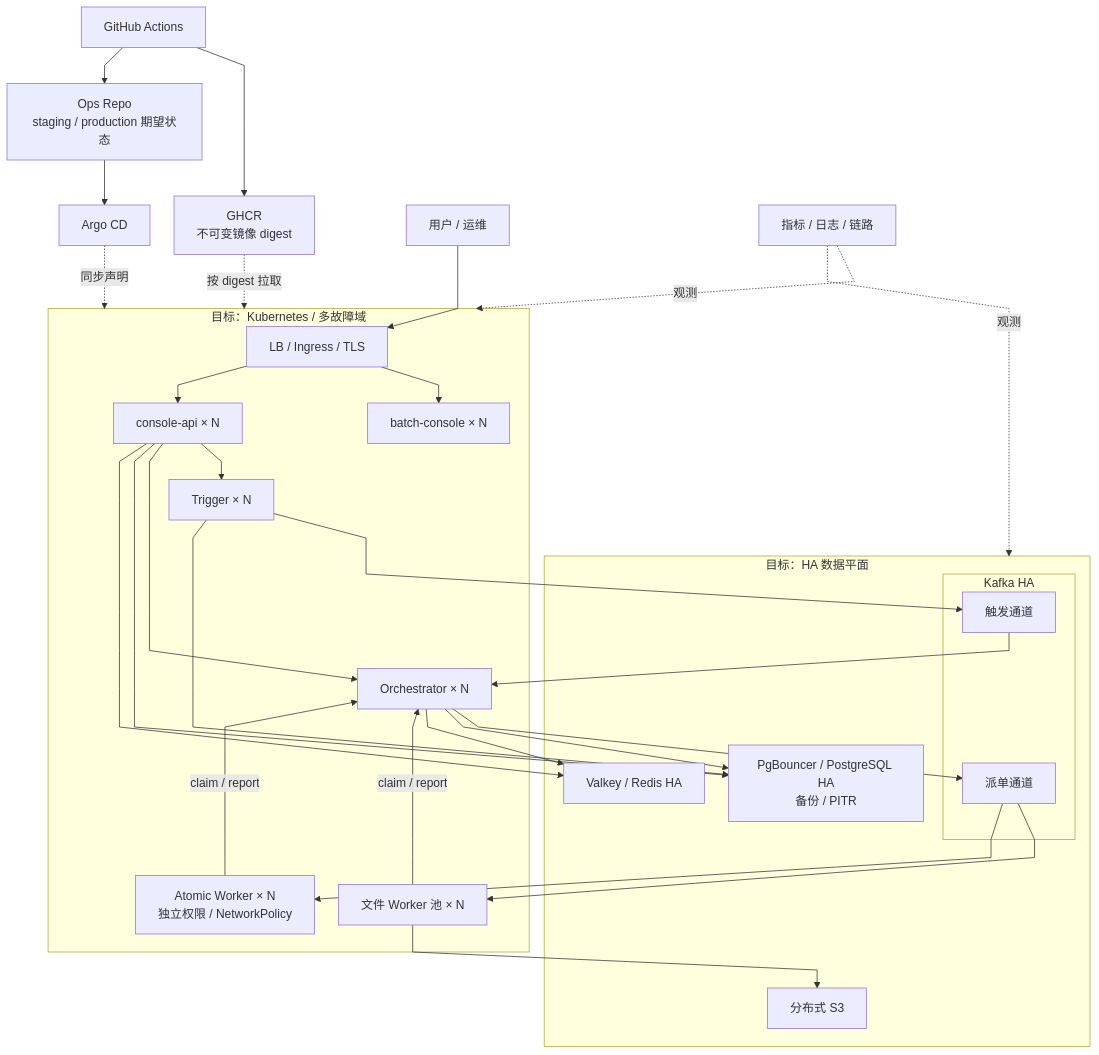
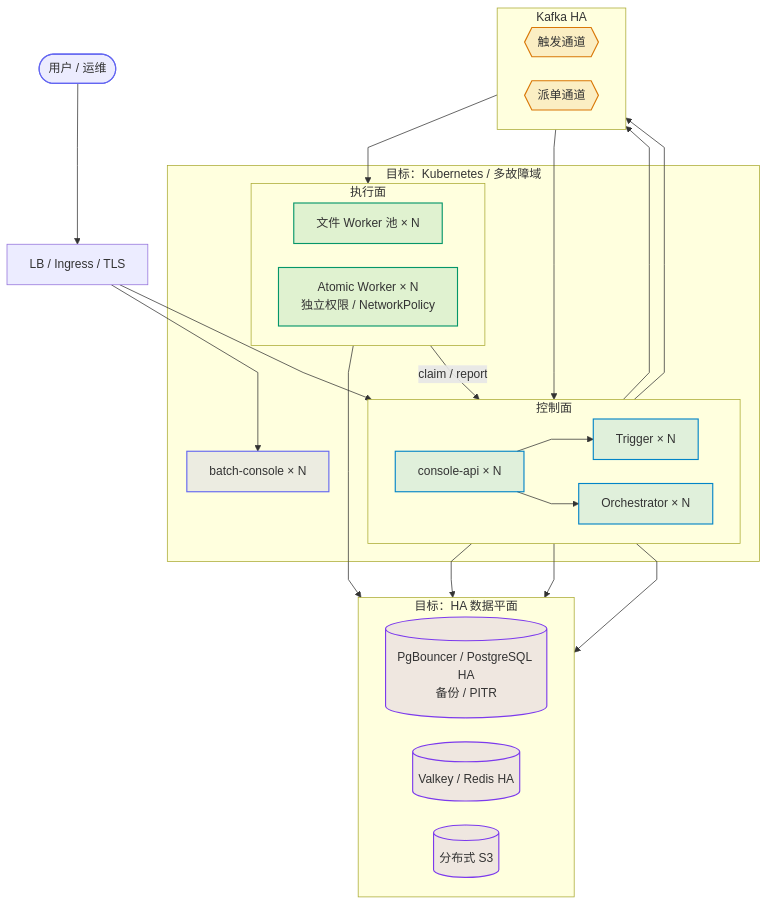
The second of 5 diagrams in docs/runbook/compose-cd-roadmap.md (pinpols/file-batch-system), drawn with Mermaid before and after one commit. The commit also changed other lines of this file and 7 other files, not shown here.

First line of the commit message:
docs: adopt the diagram legend in governance and redraw the first P1 diagrams (#1372)

````diff
--- a/docs/runbook/compose-cd-roadmap.md
+++ b/docs/runbook/compose-cd-roadmap.md
@@ -252,45 +252,53 @@
 ```mermaid
 %%{init: {"flowchart":{"curve":"linear","nodeSpacing":32,"rankSpacing":48},"sequence":{"mirrorActors":false}}}%%
 flowchart TB
-  CI["GitHub Actions"] --> REG["GHCR<br/>不可变镜像 digest"]
-  CI --> OPS["Ops Repo<br/>staging / production 期望状态"]
-  OPS --> ARGO["Argo CD"]
-  USER["用户 / 运维"] --> ING["LB / Ingress / TLS"]
+
+  USER(["用户 / 运维"]):::entry
+  ING["LB / Ingress / TLS"]
   subgraph K8S["目标：Kubernetes / 多故障域"]
-    FE["batch-console × N"]
-    API["console-api × N"]
-    TR["Trigger × N"]
-    OR["Orchestrator × N"]
-    FILE["文件 Worker 池 × N"]
-    ATOMIC["Atomic Worker × N<br/>独立权限 / NetworkPolicy"]
-    ING --> FE
-    ING --> API
-    API --> TR
-    API --> OR
-    FILE -->|"claim / report"| OR
-    ATOMIC -->|"claim / report"| OR
+    FE["batch-console × N"]:::entry
+    subgraph CTRL["控制面"]
+      direction LR
+      API["console-api × N"]:::control
+      TR["Trigger × N"]:::control
+      OR["Orchestrator × N"]:::control
+    end
+    subgraph EXEC["执行面"]
+      direction LR
+      FILE["文件 Worker 池 × N"]:::worker
+      ATOMIC["Atomic Worker × N<br/>独立权限 / NetworkPolicy"]:::worker
+    end
   end
-  ARGO -. "同步声明" .-> K8S
-  REG -. "按 digest 拉取" .-> K8S
+  subgraph KF["Kafka HA"]
+    direction LR
+    LAUNCH{{"触发通道"}}:::mq
+    TASK{{"派单通道"}}:::mq
+  end
   subgraph DATA["目标：HA 数据平面"]
-    PG["PgBouncer / PostgreSQL HA<br/>备份 / PITR"]
-    subgraph KF["Kafka HA"]
-      LAUNCH["触发通道"]
-      TASK["派单通道"]
-    end
-    CACHE["Valkey / Redis HA"]
-    OBJ["分布式 S3"]
+    direction LR
+    PG[("PgBouncer / PostgreSQL HA<br/>备份 / PITR")]:::store
+    CACHE[("Valkey / Redis HA")]:::store
+    OBJ[("分布式 S3")]:::store
   end
-  TR --> LAUNCH --> OR
+  USER --> ING
+  ING --> FE
+  ING --> API
+  API --> TR
+  API --> OR
+  TR --> LAUNCH
+  LAUNCH --> OR
   OR --> TASK
-  TASK --> FILE
-  TASK --> ATOMIC
-  API --> PG
-  TR --> PG
-  OR --> PG
+  TASK --> EXEC
+  EXEC -->|"claim / report"| OR
+  CTRL --> PG
   API --> CACHE
   OR --> CACHE
   FILE --> OBJ
-  OBS["指标 / 日志 / 链路"] -. "观测" .-> K8S
-  OBS -. "观测" .-> DATA
+  classDef entry fill:#6366f11f,stroke:#6366f1,stroke-width:1.5px
+  classDef control fill:#0284c71f,stroke:#0284c7,stroke-width:1.5px
+  classDef mq fill:#d977061f,stroke:#d97706,stroke-width:1.5px
+  classDef worker fill:#0596691f,stroke:#059669,stroke-width:1.5px
+  classDef store fill:#7c3aed1f,stroke:#7c3aed,stroke-width:1.5px
+  classDef ext fill:#64748b14,stroke:#64748b,stroke-width:1.2px,stroke-dasharray:4 3
+  classDef lib fill:#64748b14,stroke:#64748b,stroke-width:1.2px
 ```
````
